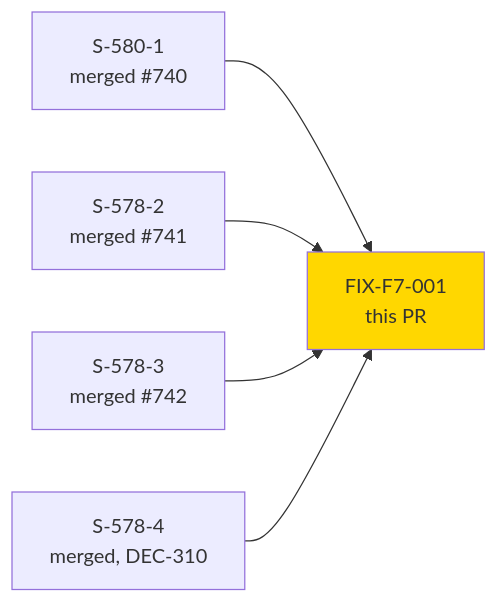
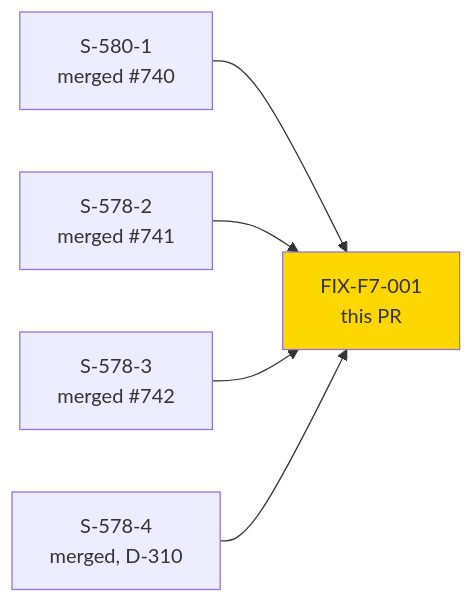
The first of 2 diagrams in code-delivery/FIX-F7-001/pr-description.md (ArcavenAE/jira-cli), drawn with Mermaid before and after one commit. The commit also changed other lines of this file and 531 other files, not shown here.

````diff
--- a/code-delivery/FIX-F7-001/pr-description.md
+++ b/code-delivery/FIX-F7-001/pr-description.md
@@ -68,8 +68,8 @@
 ```mermaid
 graph LR
     S5801[S-580-1<br/>merged #740] --> F7001[FIX-F7-001<br/>this PR]
     S5782[S-578-2<br/>merged #741] --> F7001
     S5783[S-578-3<br/>merged #742] --> F7001
-    S5784[S-578-4<br/>merged, DEC-310] --> F7001
+    S5784[S-578-4<br/>merged, D-310] --> F7001
     style F7001 fill:#FFD700
 ```
````
